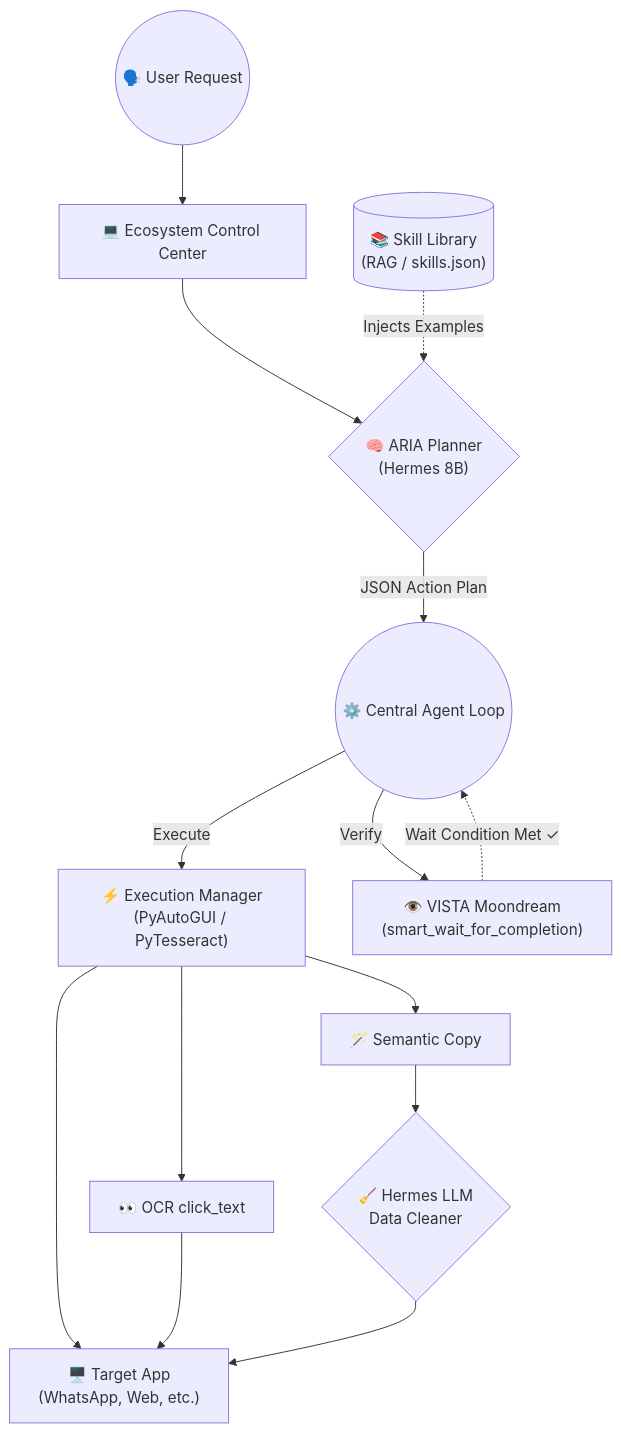
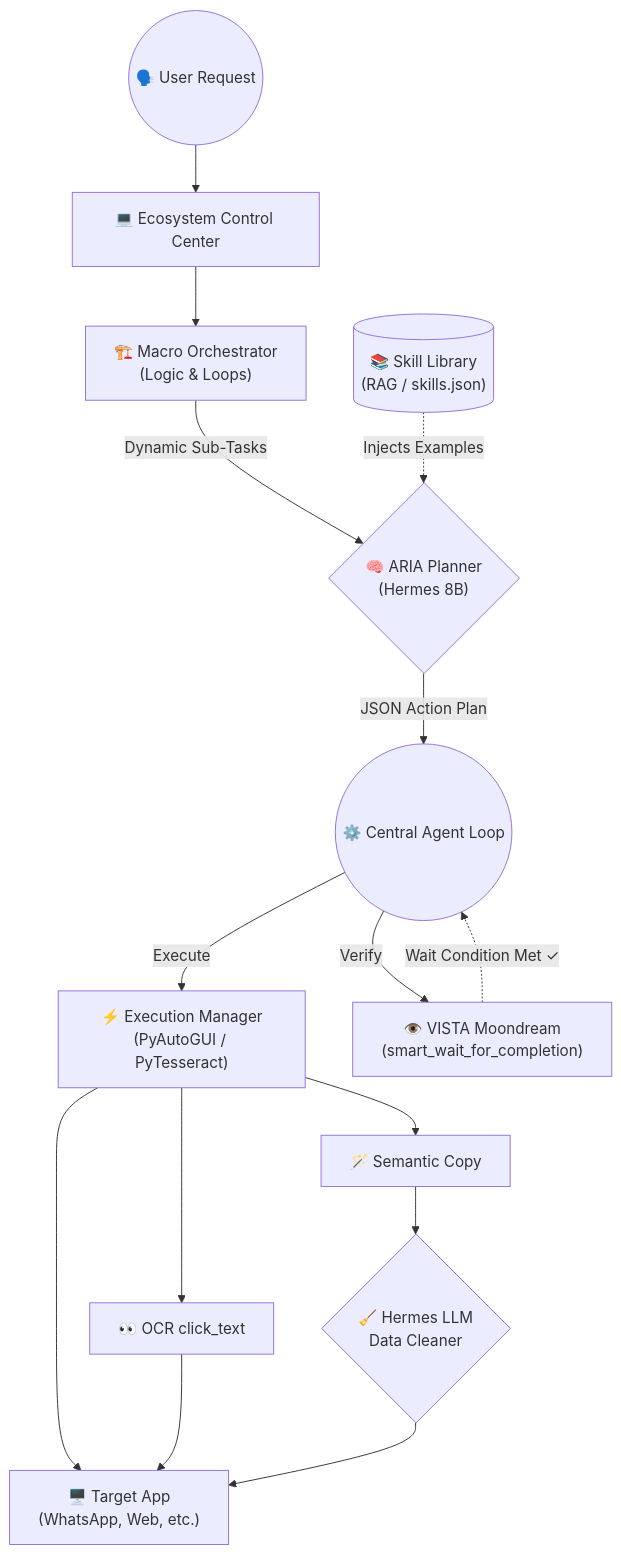
The diagram in README.md (Anikesh0415/Forge), drawn with Mermaid before and after one commit. The commit also changed other lines of this file and 3 other files, not shown here.

Commit message:
feat: implement 2-pass Macro Orchestrator with Chain of Thought reasoning

````diff
--- a/README.md
+++ b/README.md
@@ -24,22 +26,23 @@
 ```mermaid
 graph TD
     User(("🗣️ User Request")) --> UI["💻 Ecosystem Control Center"]
-    UI --> Planner{"🧠 ARIA Planner\n(Hermes 8B)"}
+    UI --> Macro["🏗️ Macro Orchestrator\n(Logic & Loops)"]
+    Macro -->|Dynamic Sub-Tasks| Planner{"🧠 ARIA Planner\n(Hermes 8B)"}
     SkillDB[("📚 Skill Library\n(RAG / skills.json)")] -.->|Injects Examples| Planner
     
     Planner -->|JSON Action Plan| AgentLoop(("⚙️ Central Agent Loop"))
     
     AgentLoop -->|Execute| ExecMgr["⚡ Execution Manager\n(PyAutoGUI / PyTesseract)"]
     AgentLoop -->|Verify| VistaWait["👁️ VISTA Moondream\n(smart_wait_for_completion)"]
     
     VistaWait -.->|Wait Condition Met ✓| AgentLoop
     
     ExecMgr --> TargetApp["🖥️ Target App\n(WhatsApp, Web, etc.)"]
     
     ExecMgr --> OCRClick["👀 OCR click_text"]
     OCRClick --> TargetApp
     
     ExecMgr --> SemanticCopy["🪄 Semantic Copy"]
     SemanticCopy --> HermesFilter{"🧹 Hermes LLM\nData Cleaner"}
     HermesFilter --> TargetApp
 ```
````
